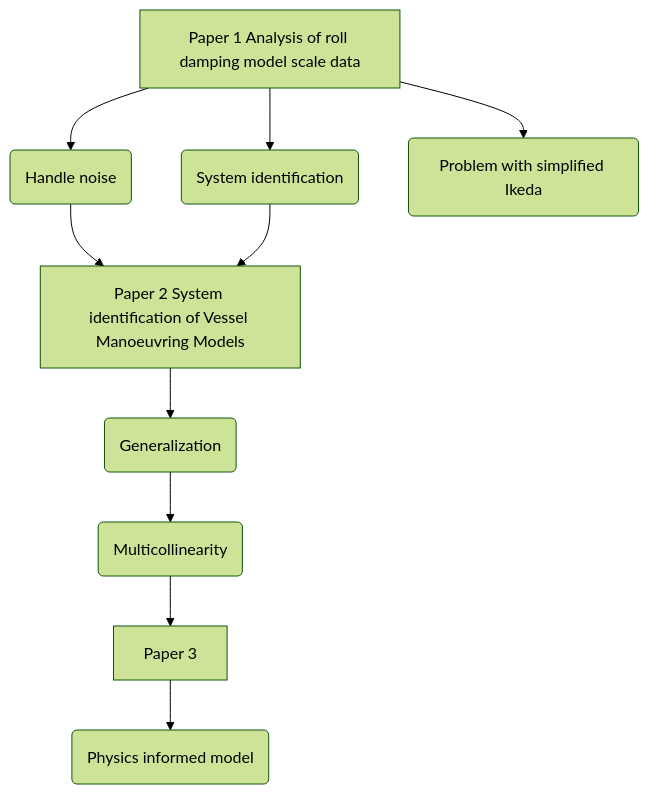
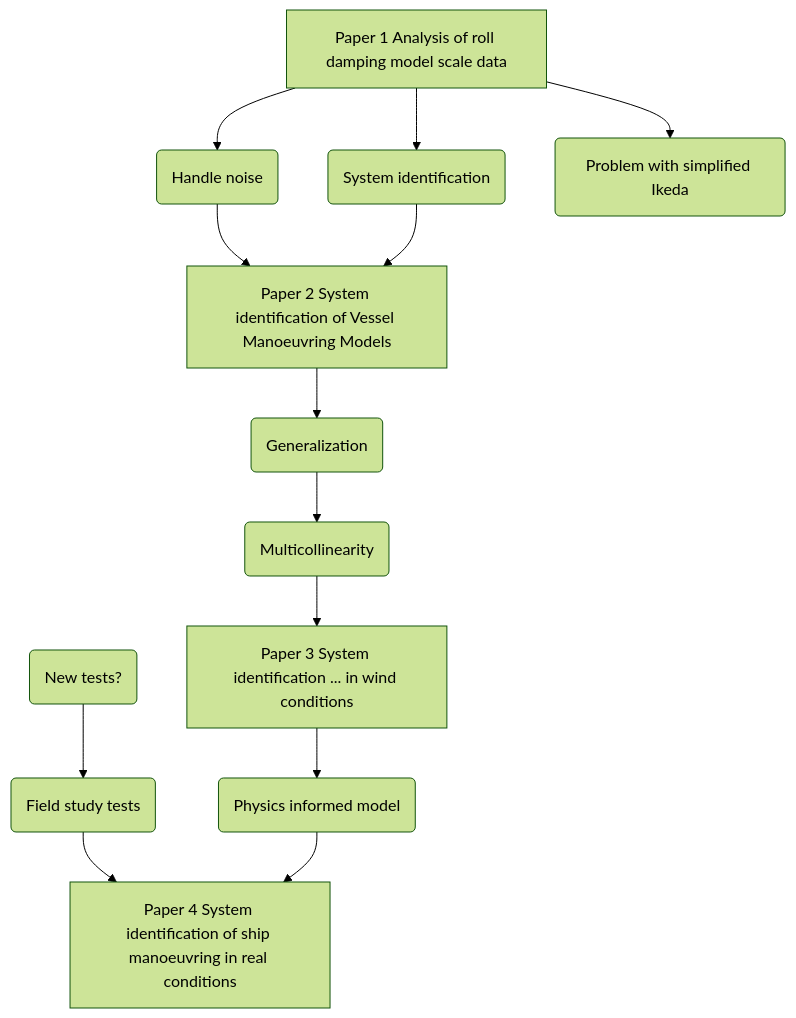
The diagram in inbox/The red thread....md (martinlarsalbert/PHD_literature_review), drawn with Mermaid (forest theme) before and after one commit. The commit also changed other lines of this file and 74 other files, not shown here.

````diff
--- a/inbox/The red thread....md
+++ b/inbox/The red thread....md
@@ -42,17 +40,21 @@
 ```mermaid
 flowchart TD
 
     Paper1[Paper 1 Analysis of roll damping model scale data] --> B(Handle noise)
 
     Paper1 --> C(System identification)
 
     Paper1 --> D(Problem with simplified Ikeda)
 
     B --> Paper2[Paper 2 System identification of Vessel Manoeuvring Models]
 
     C --> Paper2
 
     Paper2 --> Generalization(Generalization) --> Multicollinearity(Multicollinearity)
 
-    Multicollinearity --> Paper3[Paper 3] --> PI(Physics informed model)
+    Multicollinearity --> Paper3[Paper 3 System identification ... in wind conditions] --> PI(Physics informed model)
+
+	experiments(New tests?) --> 7mdata(Field study tests)
+	7mdata(Field study tests) --> Paper4[Paper 4 System identification of ship manoeuvring in real conditions]
+	PI --> Paper4
 ```
````
